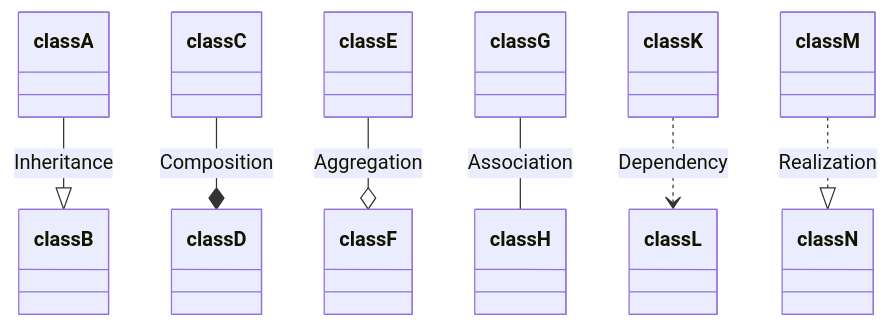
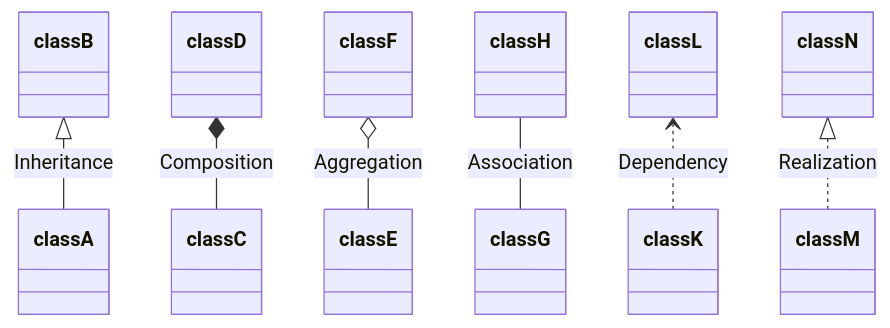
One commit to JeremiJR/uog-cpp changed the third of 13 diagrams in sec-04-uml-class/17-uml-class-diagram/chap_17.qmd. Above: the diagram before and after it, drawn with Mermaid. The commit also changed other lines of this file and 1 other file, not shown here.

````diff
--- a/sec-04-uml-class/17-uml-class-diagram/chap_17.qmd
+++ b/sec-04-uml-class/17-uml-class-diagram/chap_17.qmd
@@ -175,11 +183,12 @@
 ```{mermaid}
 classDiagram
+direction BT
 classA --|> classB : Inheritance
 classC --* classD : Composition
 classE --o classF : Aggregation
 classG -- classH : Association
 %% classI -- classJ : Link(Solid)
 classK ..> classL : Dependency
 classM ..|> classN : Realization
 %% classO .. classP : Link(Dashed)
 ```
````
